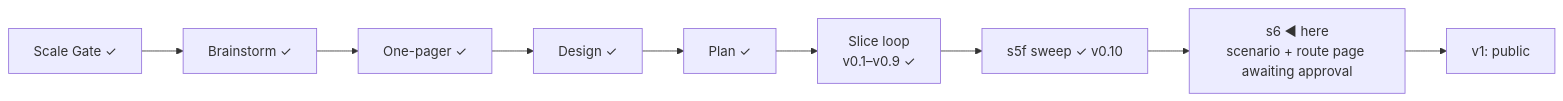
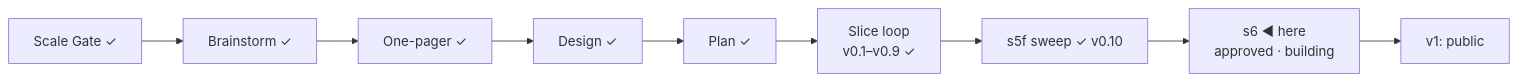
Before and after one commit to OytunOnal/permit-rulebook: the diagram in STATUS.md, drawn with Mermaid. The commit also changed other lines of this file and 3 other files, not shown here.

````diff
--- a/STATUS.md
+++ b/STATUS.md
@@ -12,8 +11,8 @@
 ```mermaid
 flowchart LR
     A[Scale Gate ✓] --> B[Brainstorm ✓] --> C[One-pager ✓] --> D[Design ✓] --> E[Plan ✓]
     E --> F["Slice loop<br/>v0.1–v0.9 ✓"]
     F --> S5F["s5f sweep ✓ v0.10"]
-    S5F --> G["s6 ◀ here<br/>scenario + route page awaiting approval"]
+    S5F --> G["s6 ◀ here<br/>approved · building"]
     G --> H[v1: public]
 ```
````
